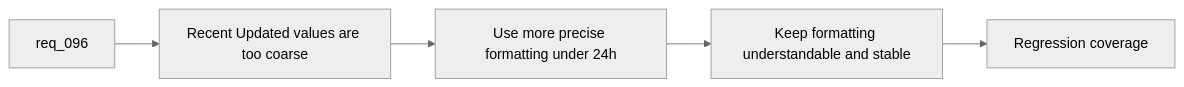
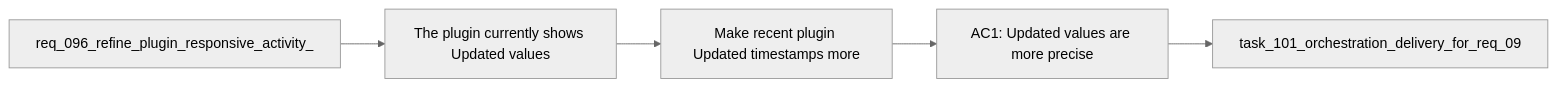
One commit to AlexAgo83/logics-manager changed the diagram in logics/backlog/item_160_make_recent_plugin_updated_timestamps_more_precise_under_twenty_four_hours.md. Above: the diagram before and after it, drawn with Mermaid (neutral theme). The commit also changed 481 other files, not shown here.

````diff
--- a/logics/backlog/item_160_make_recent_plugin_updated_timestamps_more_precise_under_twenty_four_hours.md
+++ b/logics/backlog/item_160_make_recent_plugin_updated_timestamps_more_precise_under_twenty_four_hours.md
@@ -28,9 +28,9 @@
 ```mermaid
 %% logics-kind: backlog
 %% logics-signature: backlog|make-recent-plugin-updated-timestamps-mo|req-096-refine-plugin-responsive-activit|the-plugin-currently-shows-updated-value|ac1-updated-values-are-more-precise
 flowchart LR
-    Request[req_096] --> Problem[Recent Updated values are too coarse]
-    Problem --> Recent[Use more precise formatting under 24h]
-    Recent --> Stable[Keep formatting understandable and stable]
-    Stable --> Test[Regression coverage]
+    Request[req_096_refine_plugin_responsive_activity_] --> Problem[The plugin currently shows Updated values]
+    Problem --> Scope[Make recent plugin Updated timestamps more]
+    Scope --> Acceptance[AC1: Updated values are more precise]
+    Acceptance --> Tasks[task_101_orchestration_delivery_for_req_09]
 ```
````
